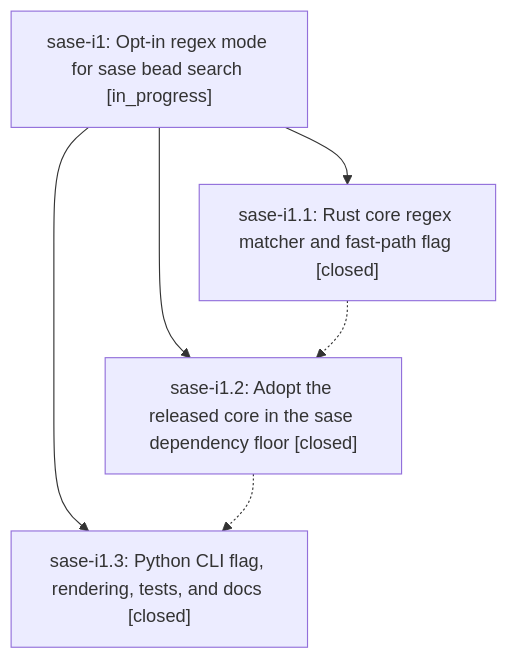
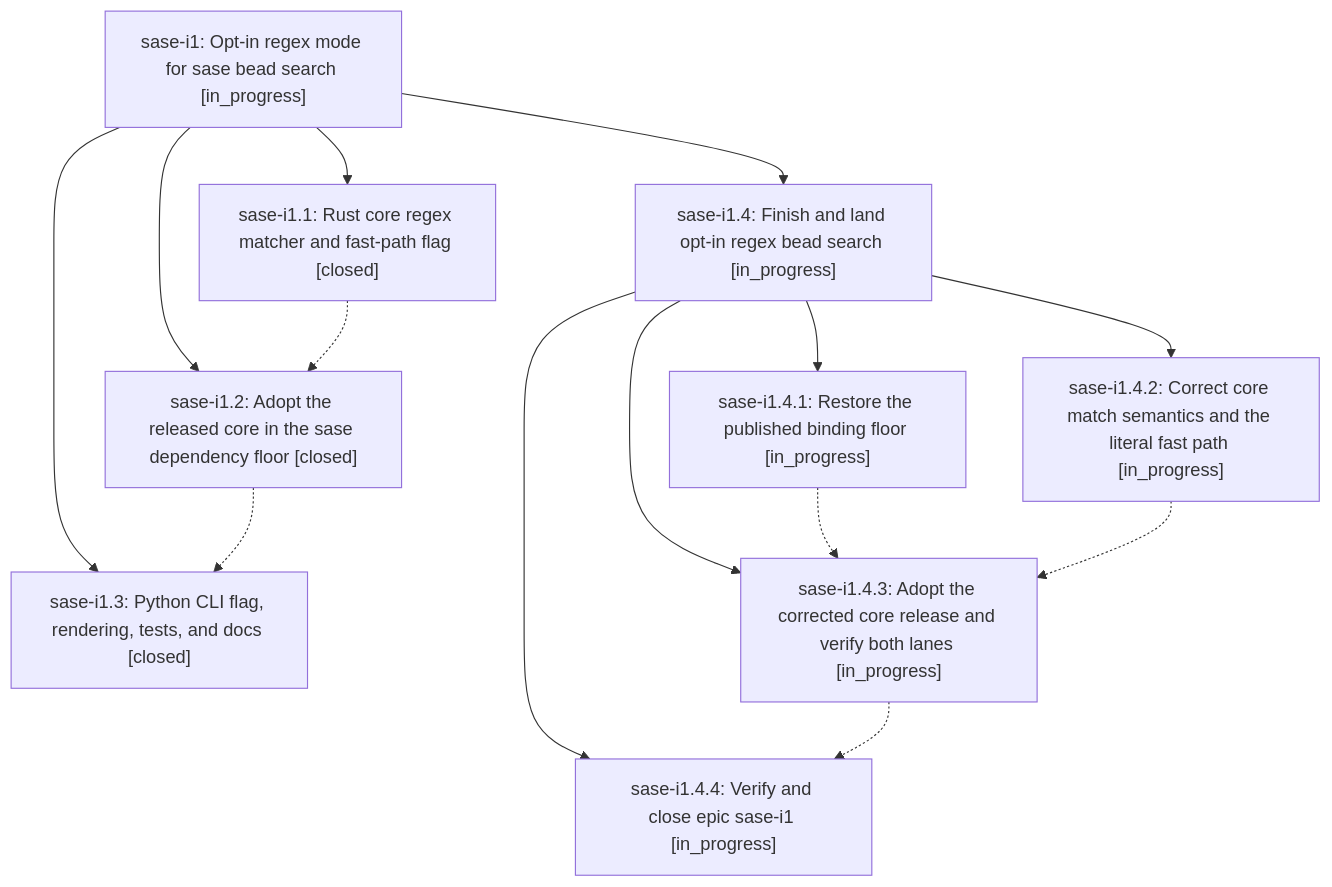
Before and after one commit to sase-org/sase--beads: the diagram in pages/sase-i1/README.md, drawn with Mermaid. The commit also changed other lines of this file and 5 other files, not shown here.

First line of the commit message:
chore(beads): sync bead state and pages for sase-i1

````diff
--- a/pages/sase-i1/README.md
+++ b/pages/sase-i1/README.md
@@ -24,12 +30,25 @@
 ```mermaid
 flowchart TD
     n0["sase-i1: Opt-in regex mode for sase bead search [in_progress]"]
     n1["sase-i1.1: Rust core regex matcher and fast-path flag [closed]"]
     n2["sase-i1.2: Adopt the released core in the sase dependency floor [closed]"]
     n3["sase-i1.3: Python CLI flag, rendering, tests, and docs [closed]"]
+    n4["sase-i1.4: Finish and land opt-in regex bead search [in_progress]"]
+    n5["sase-i1.4.1: Restore the published binding floor [in_progress]"]
+    n6["sase-i1.4.2: Correct core match semantics and the literal fast path [in_progress]"]
+    n7["sase-i1.4.3: Adopt the corrected core release and verify both lanes [in_progress]"]
+    n8["sase-i1.4.4: Verify and close epic sase-i1 [in_progress]"]
     n0 --> n1
     n0 --> n2
     n0 --> n3
+    n0 --> n4
+    n4 --> n5
+    n4 --> n6
+    n4 --> n7
+    n4 --> n8
     n1 -.-> n2
     n2 -.-> n3
+    n5 -.-> n7
+    n6 -.-> n7
+    n7 -.-> n8
 ```
````
